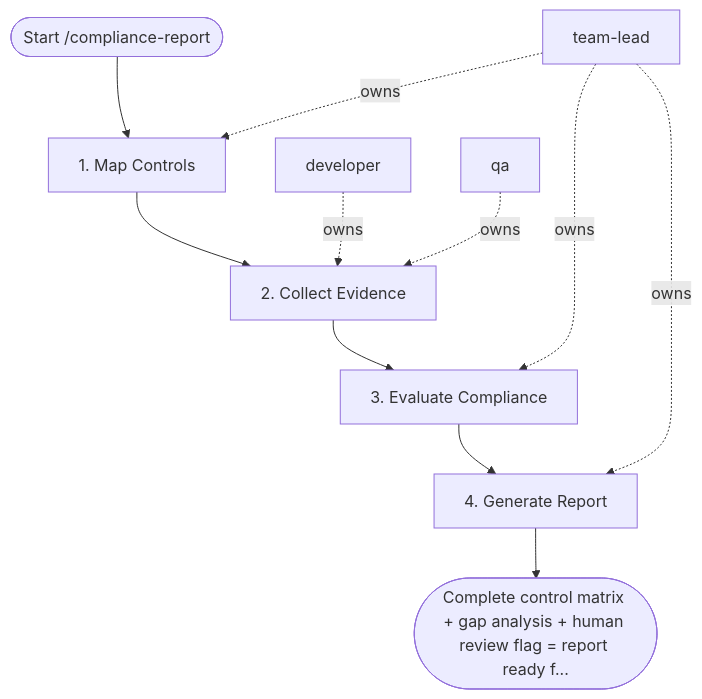
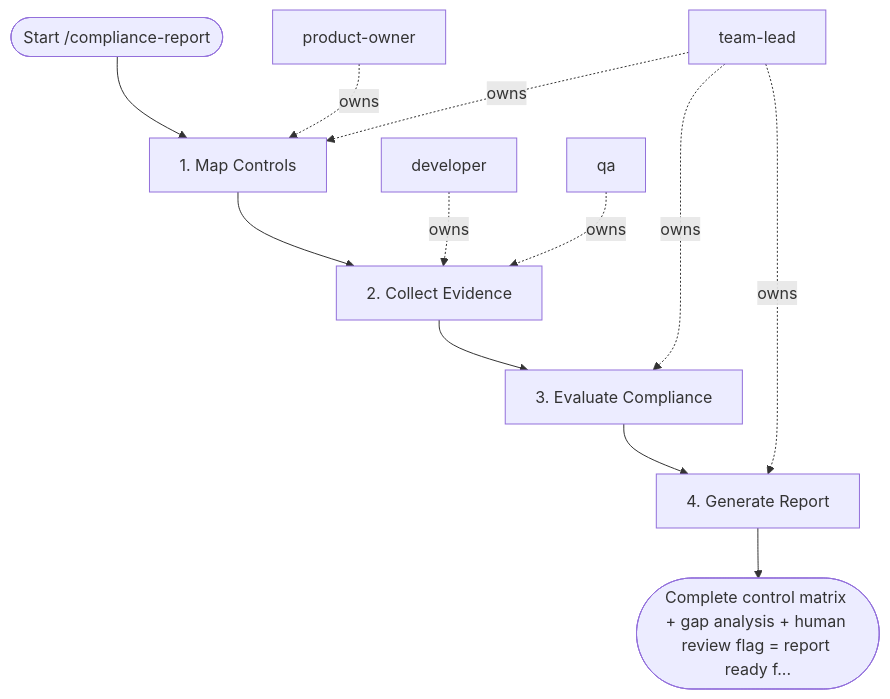
Before and after one commit to sawrus/agent-guides: the diagram in areas/software/security/workflows/compliance-report.md, drawn with Mermaid. The commit also changed other lines of this file and 76 other files, not shown here.

Commit message:
Standardize workflow product owner initiation

````diff
--- a/areas/software/security/workflows/compliance-report.md
+++ b/areas/software/security/workflows/compliance-report.md
@@ -59,22 +59,24 @@
 ```mermaid
 flowchart TD
   start(["Start /compliance-report"])
-  role_1["team-lead"]
-  role_2["developer"]
-  role_3["qa"]
+  role_1["product-owner"]
+  role_2["team-lead"]
+  role_3["developer"]
+  role_4["qa"]
   step_1["1. Map Controls"]
   step_2["2. Collect Evidence"]
   step_3["3. Evaluate Compliance"]
   step_4["4. Generate Report"]
   exit(["Complete control matrix + gap analysis + human review flag = report ready f..."])
   start --> step_1
   step_1 --> step_2
   step_2 --> step_3
   step_3 --> step_4
   step_4 --> exit
   role_1 -. owns .-> step_1
-  role_2 -. owns .-> step_2
+  role_2 -. owns .-> step_1
   role_3 -. owns .-> step_2
-  role_1 -. owns .-> step_3
-  role_1 -. owns .-> step_4
+  role_4 -. owns .-> step_2
+  role_2 -. owns .-> step_3
+  role_2 -. owns .-> step_4
 ```
````
